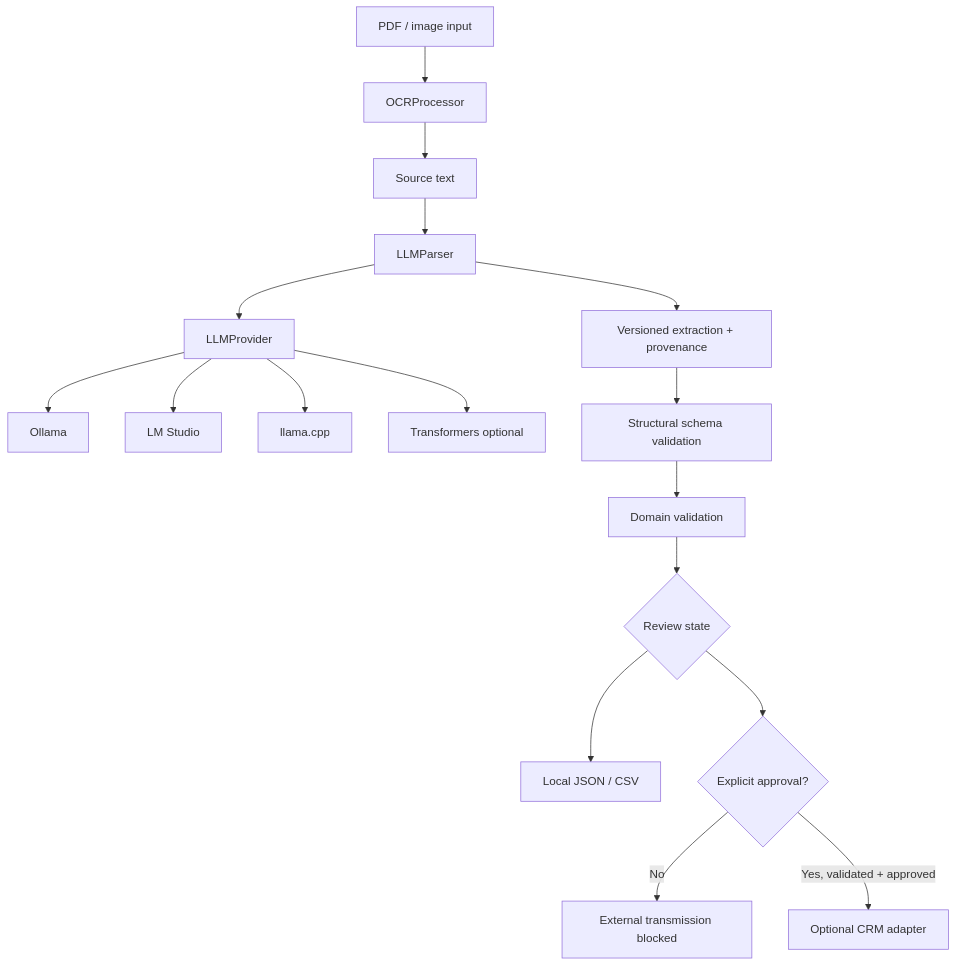
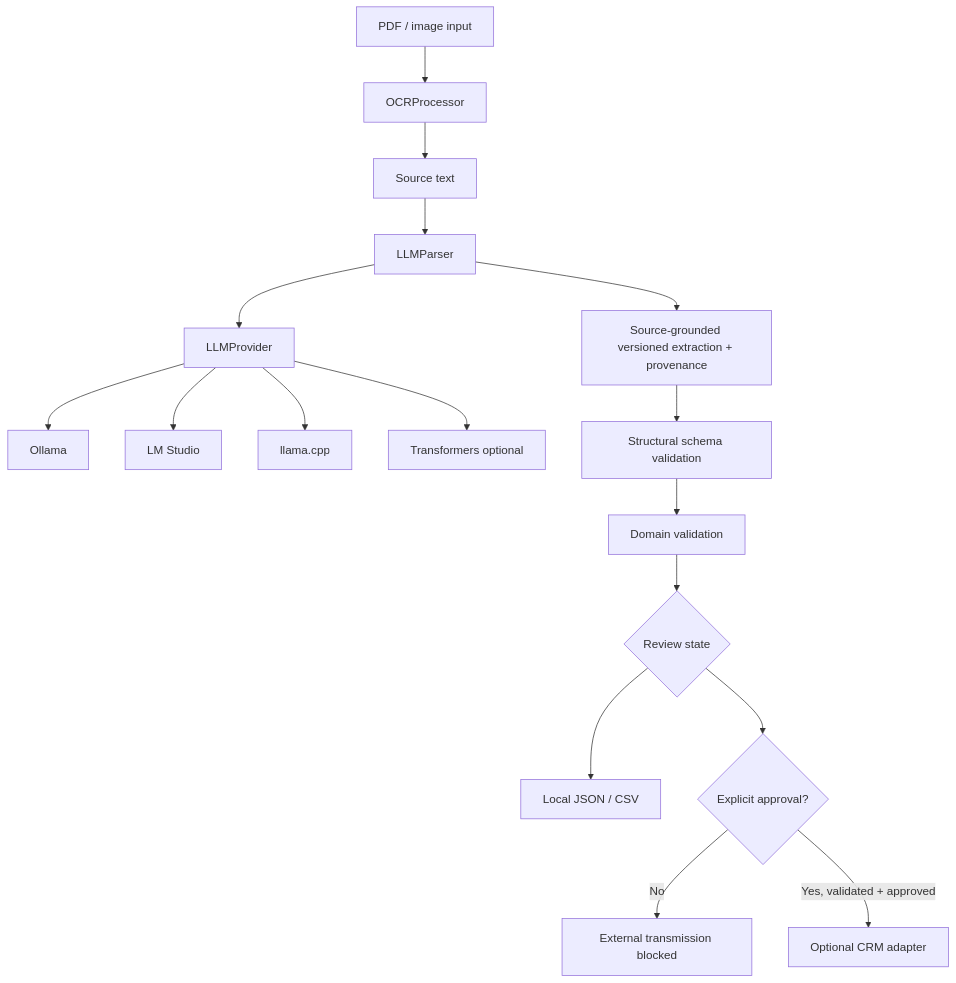
Before and after one commit to JDavydovPortfolio/MoneyPulse: the diagram in docs/ARCHITECTURE.md, drawn with Mermaid. The commit also changed other lines of this file and 6 other files, not shown here.

````diff
--- a/docs/ARCHITECTURE.md
+++ b/docs/ARCHITECTURE.md
@@ -7,19 +7,19 @@
 ```mermaid
 flowchart TD
     A[PDF / image input] --> B[OCRProcessor]
     B --> C[Source text]
     C --> D[LLMParser]
     D --> E[LLMProvider]
     E --> E1[Ollama]
     E --> E2[LM Studio]
     E --> E3[llama.cpp]
     E --> E4[Transformers optional]
-    D --> F[Versioned extraction + provenance]
+    D --> F[Source-grounded versioned extraction + provenance]
     F --> G[Structural schema validation]
     G --> H[Domain validation]
     H --> I{Review state}
     I --> J[Local JSON / CSV]
     I --> K{Explicit approval?}
     K -->|No| L[External transmission blocked]
     K -->|Yes, validated + approved| M[Optional CRM adapter]
 ```
````
